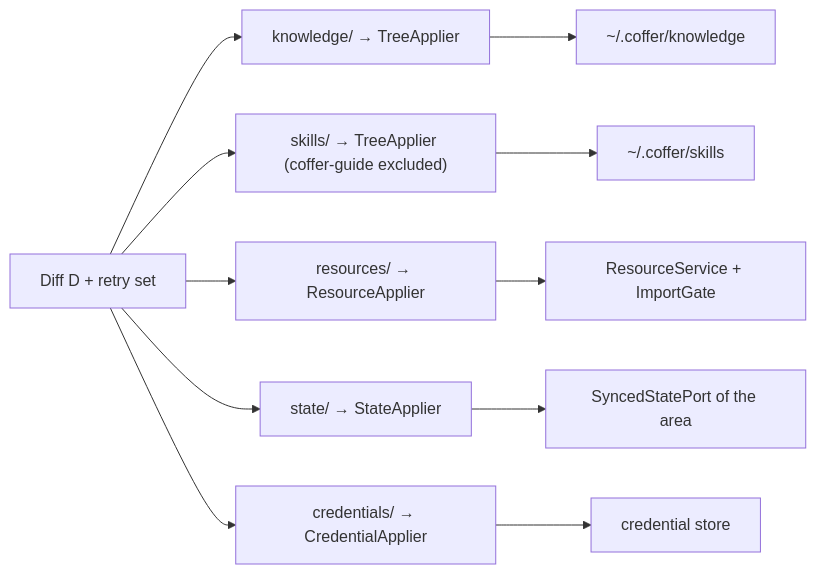
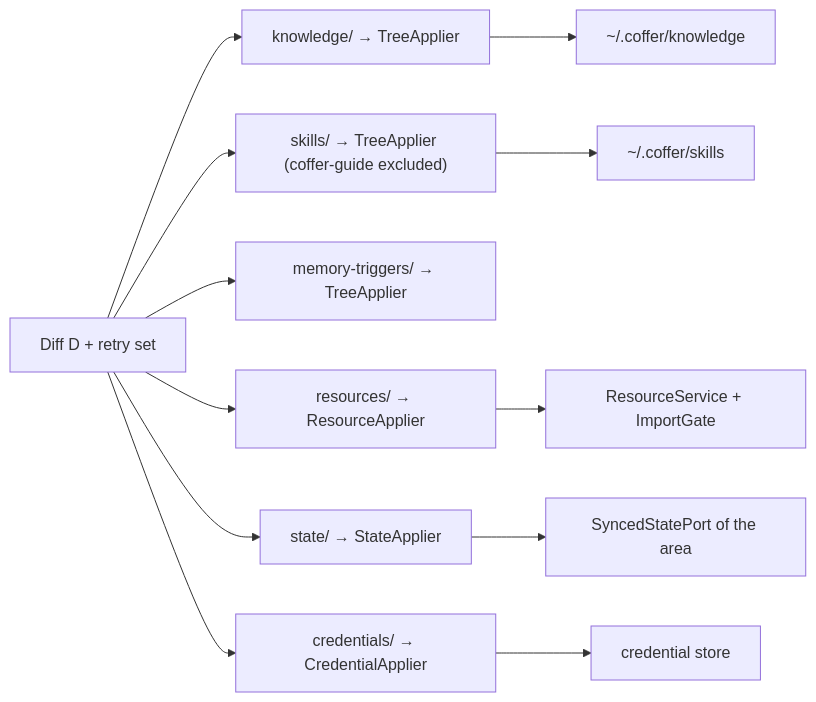
The third of 3 diagrams in docs-site/architecture/vault-sync.md (wyx-sg/Coffer), drawn with Mermaid before and after one commit. The commit also changed other lines of this file and 100 other files, not shown here.

````diff
--- a/docs-site/architecture/vault-sync.md
+++ b/docs-site/architecture/vault-sync.md
@@ -195,13 +196,14 @@
 ```mermaid
 flowchart LR
     D["Diff D + retry set"] --> K["knowledge/ → TreeApplier"]
     D --> SK["skills/ → TreeApplier (coffer-guide excluded)"]
+    D --> MT["memory-triggers/ → TreeApplier"]
     D --> RS["resources/ → ResourceApplier"]
     D --> ST["state/ → StateApplier"]
     D --> CR["credentials/ → CredentialApplier"]
     RS --> SVC["ResourceService + ImportGate"]
     ST --> SP["SyncedStatePort of the area"]
     K --> FS["~/.coffer/knowledge"]
     SK --> FS2["~/.coffer/skills"]
     CR --> CS["credential store"]
 ```
````
